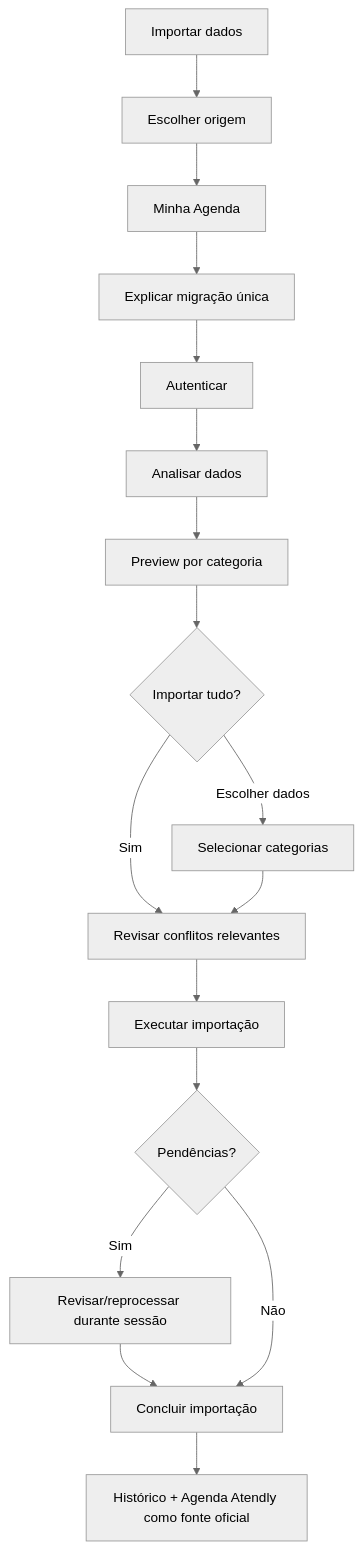
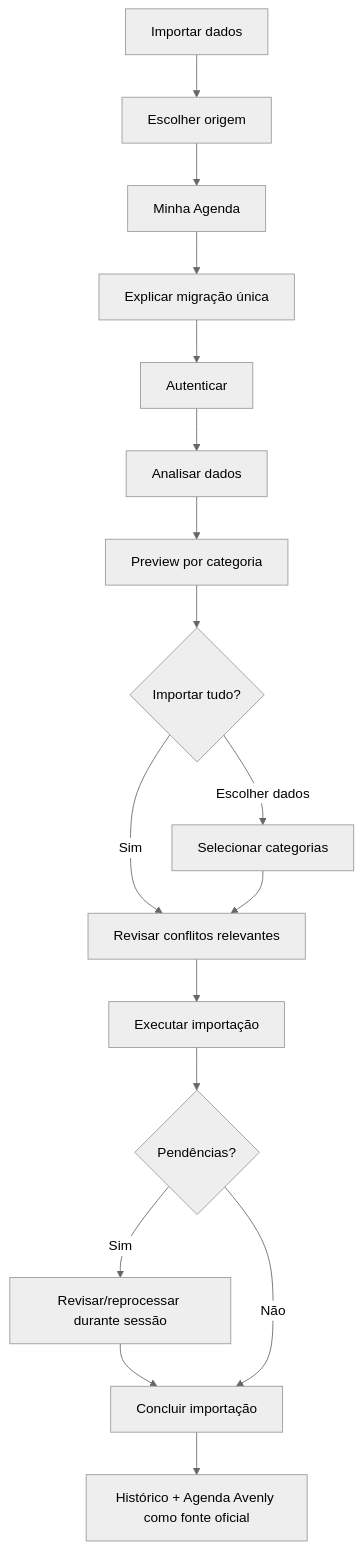
The diagram in docs/product-vault/02-Fluxos/05-Importacao-Unica.md (FelipePbi/atendly-ia), drawn with Mermaid (neutral theme) before and after one commit. The commit also changed other lines of this file and 172 other files, not shown here.

````diff
--- a/docs/product-vault/02-Fluxos/05-Importacao-Unica.md
+++ b/docs/product-vault/02-Fluxos/05-Importacao-Unica.md
@@ -10,19 +10,19 @@
 ```mermaid
 flowchart TD
     A[Importar dados] --> B[Escolher origem]
     B --> C[Minha Agenda]
     C --> D[Explicar migração única]
     D --> E[Autenticar]
     E --> F[Analisar dados]
     F --> G[Preview por categoria]
     G --> H{Importar tudo?}
     H -->|Sim| I[Revisar conflitos relevantes]
     H -->|Escolher dados| J[Selecionar categorias]
     J --> I
     I --> K[Executar importação]
     K --> L{Pendências?}
     L -->|Sim| M[Revisar/reprocessar durante sessão]
     M --> N[Concluir importação]
     L -->|Não| N
-    N --> O[Histórico + Agenda Atendly como fonte oficial]
+    N --> O[Histórico + Agenda Avenly como fonte oficial]
 ```
````
